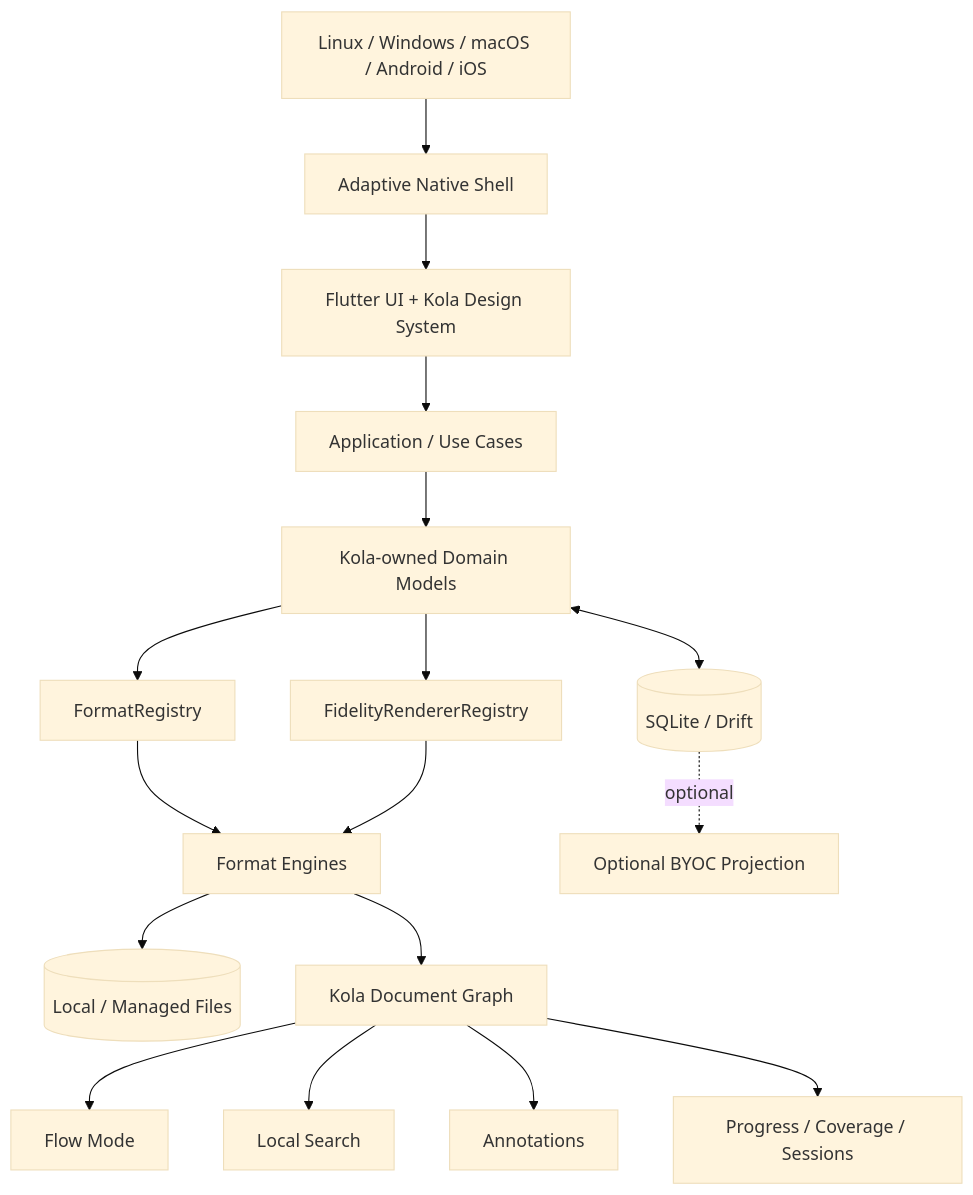
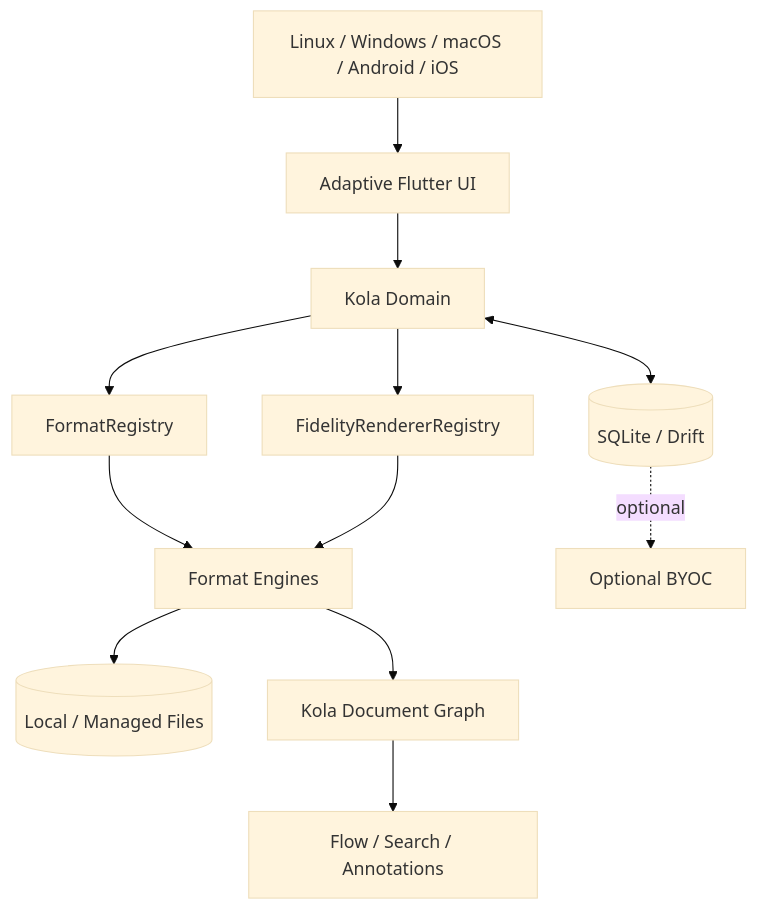
The first of 11 diagrams in docs/PROJECT_GRAPH.md (aaditya140103/kola), drawn with Mermaid (base theme) before and after one commit. The commit also changed other lines of this file, not shown here.

Commit message:
docs: add reader state persistence loop to project graph

````diff
--- a/docs/PROJECT_GRAPH.md
+++ b/docs/PROJECT_GRAPH.md
@@ -7,31 +7,21 @@
 ```mermaid
 flowchart TD
     OS[Linux / Windows / macOS / Android / iOS]
-    Shell[Adaptive Native Shell]
-    UI[Flutter UI + Kola Design System]
-    App[Application / Use Cases]
-    Domain[Kola-owned Domain Models]
+    UI[Adaptive Flutter UI]
+    Domain[Kola Domain]
     DB[(SQLite / Drift)]
     Files[(Local / Managed Files)]
-    AdapterRegistry[FormatRegistry]
-    FidelityRegistry[FidelityRendererRegistry]
+    Format[FormatRegistry]
+    Fidelity[FidelityRendererRegistry]
     Engines[Format Engines]
     KDG[Kola Document Graph]
-    Flow[Flow Mode]
-    Search[Local Search]
-    Ann[Annotations]
-    Read[Progress / Coverage / Sessions]
-    Sync[Optional BYOC Projection]
+    Flow[Flow / Search / Annotations]
+    Sync[Optional BYOC]
 
-    OS --> Shell --> UI --> App --> Domain
+    OS --> UI --> Domain
     Domain <--> DB
-    Domain --> AdapterRegistry --> Engines
-    Domain --> FidelityRegistry --> Engines
-    Engines --> Files
-    Engines --> KDG
-    KDG --> Flow
-    KDG --> Search
-    KDG --> Ann
-    KDG --> Read
+    Domain --> Format --> Engines --> Files
+    Domain --> Fidelity --> Engines
+    Engines --> KDG --> Flow
     DB -. optional .-> Sync
 ```
````
